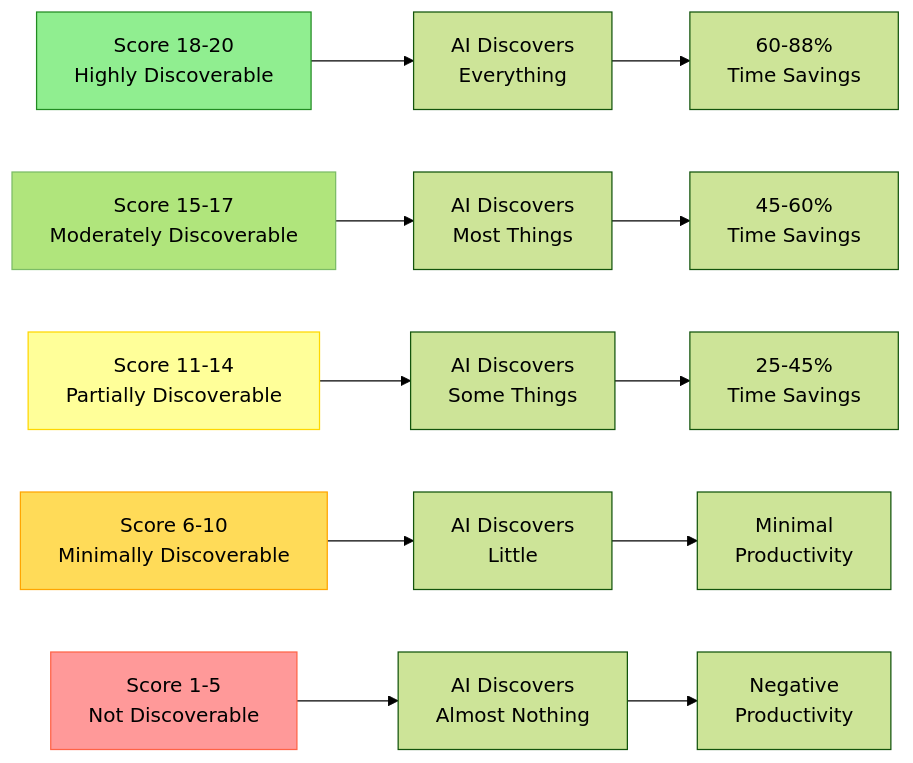
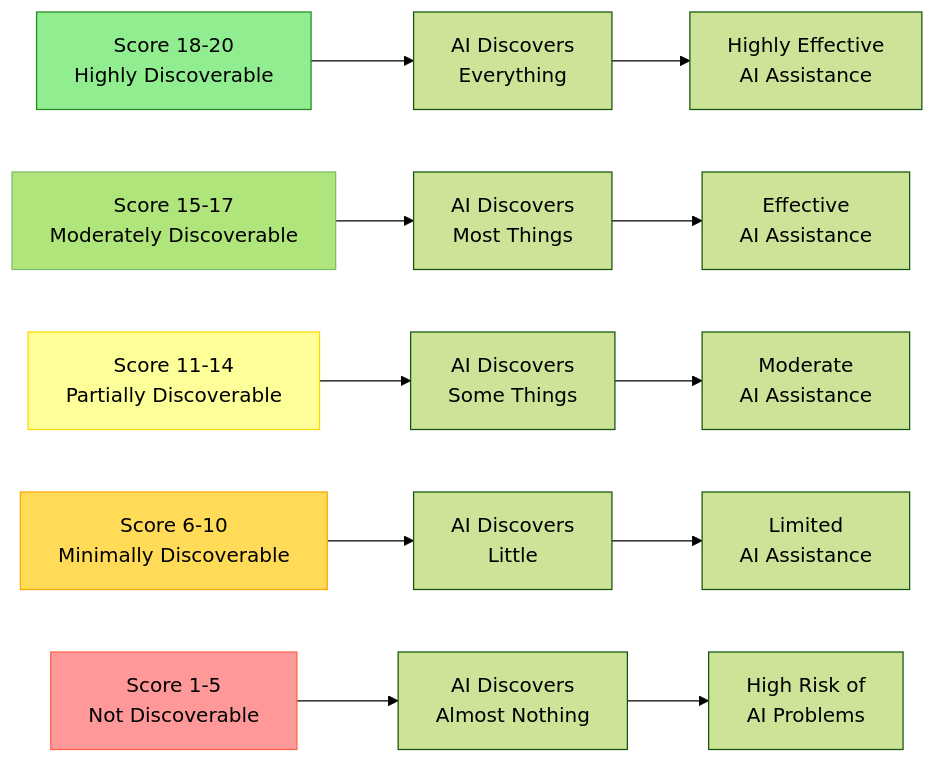
The diagram in docs/part-i/chapter1-engineering-ready/04-assessment-framework.md (WilliamBerryiii/hve-ai-companion-guide), drawn with Mermaid (forest theme) before and after one commit. The commit also changed other lines of this file and 12 other files, not shown here.

````diff
--- a/docs/part-i/chapter1-engineering-ready/04-assessment-framework.md
+++ b/docs/part-i/chapter1-engineering-ready/04-assessment-framework.md
@@ -54,20 +54,20 @@
 ```mermaid
 graph LR
     A[Score 18-20<br/>Highly Discoverable] --> B[AI Discovers<br/>Everything]
     C[Score 15-17<br/>Moderately Discoverable] --> D[AI Discovers<br/>Most Things]
     E[Score 11-14<br/>Partially Discoverable] --> F[AI Discovers<br/>Some Things]
     G[Score 6-10<br/>Minimally Discoverable] --> H[AI Discovers<br/>Little]
     I[Score 1-5<br/>Not Discoverable] --> J[AI Discovers<br/>Almost Nothing]
     
-    B --> K[60-88%<br/>Time Savings]
-    D --> L[45-60%<br/>Time Savings]
-    F --> M[25-45%<br/>Time Savings]
-    H --> N[Minimal<br/>Productivity]
-    J --> O[Negative<br/>Productivity]
+    B --> K[Highly Effective<br/>AI Assistance]
+    D --> L[Effective<br/>AI Assistance]
+    F --> M[Moderate<br/>AI Assistance]
+    H --> N[Limited<br/>AI Assistance]
+    J --> O[High Risk of<br/>AI Problems]
     
     style A fill:#90ee90,stroke:#228b22
     style C fill:#b0e57c,stroke:#7cbc66
     style E fill:#ffff99,stroke:#ffd700
     style G fill:#ffdb58,stroke:#ffa500
     style I fill:#ff9999,stroke:#ff6347
 ```
````
